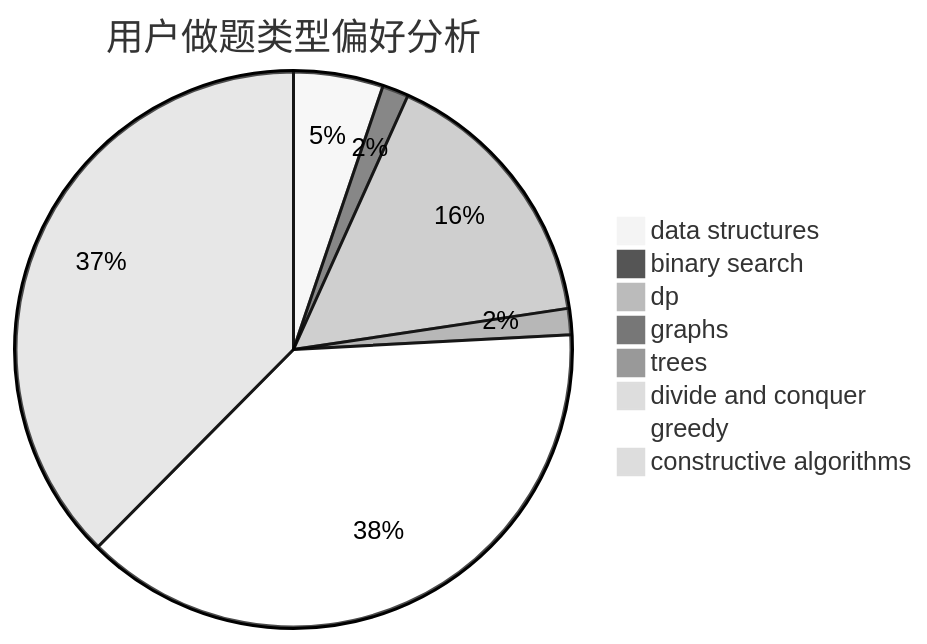
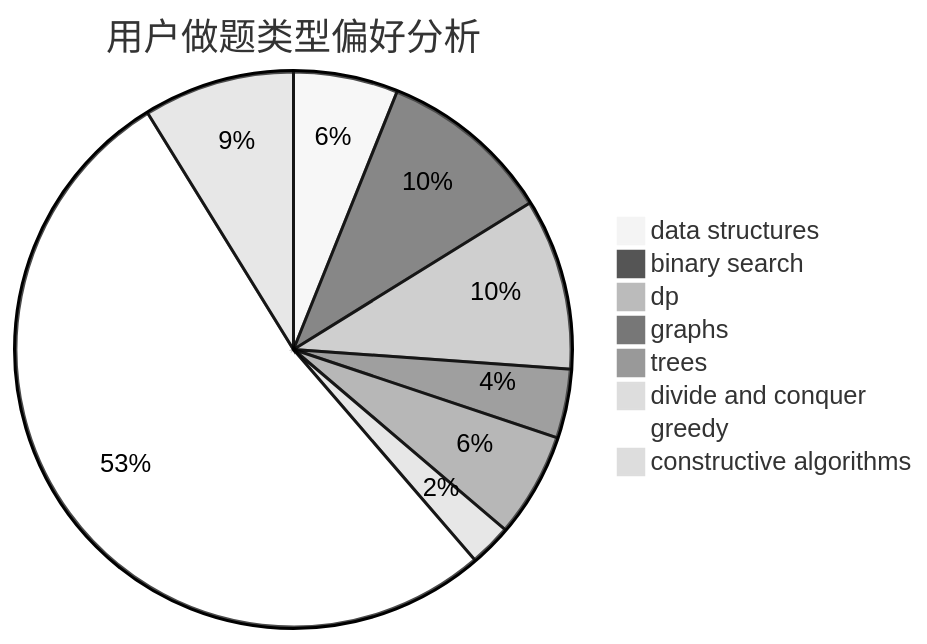
One commit to sherpahu/cfrs.github.io changed the second of 3 diagrams in docs/user/u1672.md. Above: the diagram before and after it, drawn with Mermaid (neutral theme). The commit also changed other lines of this file and 2770 other files, not shown here.

````diff
--- a/docs/user/u1672.md
+++ b/docs/user/u1672.md
@@ -23,11 +23,11 @@
 ```mermaid
 pie title 用户做题类型偏好分析
-    "data structures" :  82
-    "binary search" :  24
-    "dp" :  250
-    "graphs" :  11
-    "trees" :  24
-    "divide and conquer" :  3
-    "greedy" :  602
-    "constructive algorithms" :  591
+    "data structures" :  47
+    "binary search" :  78
+    "dp" :  77
+    "graphs" :  31
+    "trees" :  47
+    "divide and conquer" :  19
+    "greedy" :  406
+    "constructive algorithms" :  68
 ```
````
